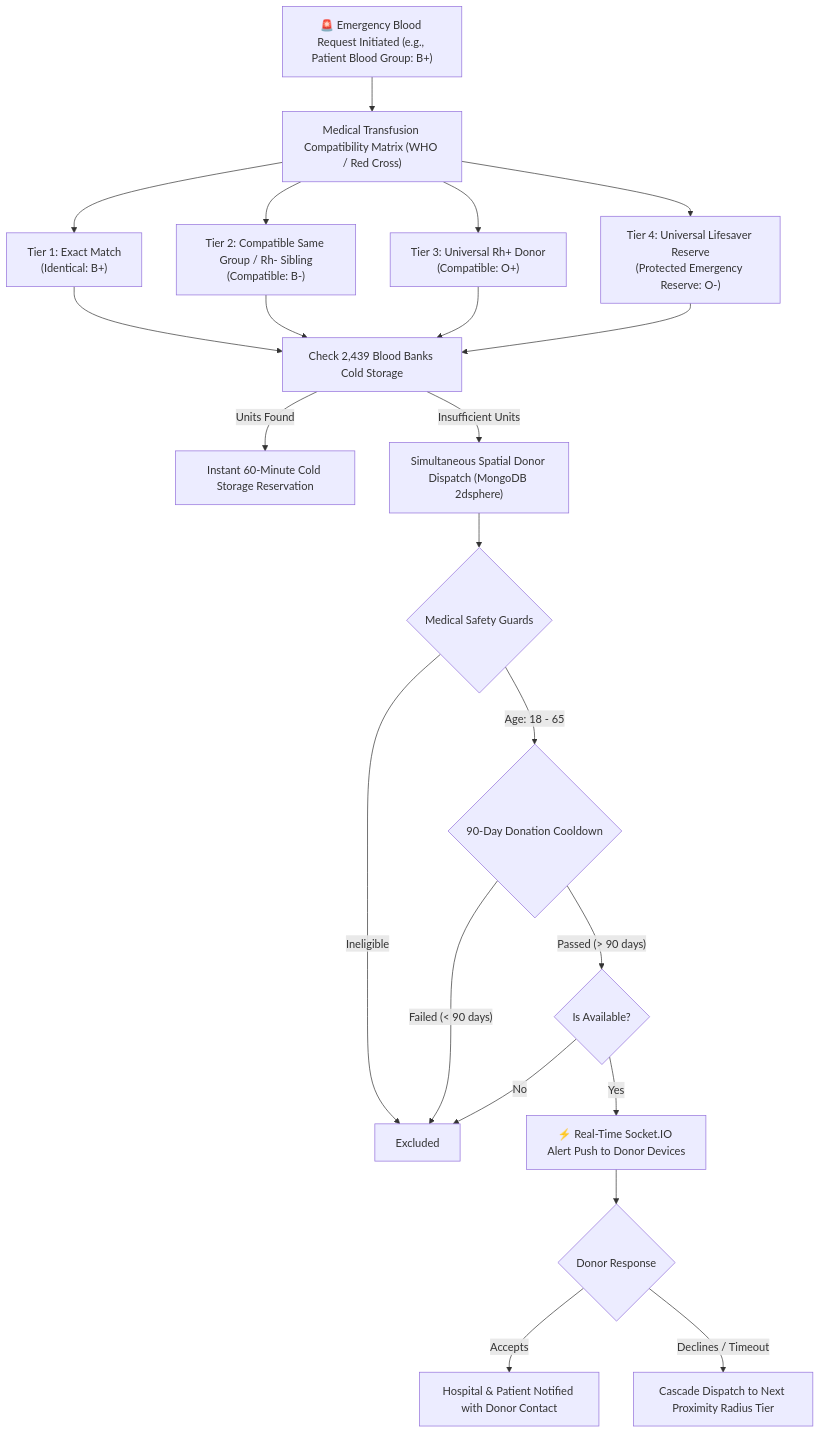
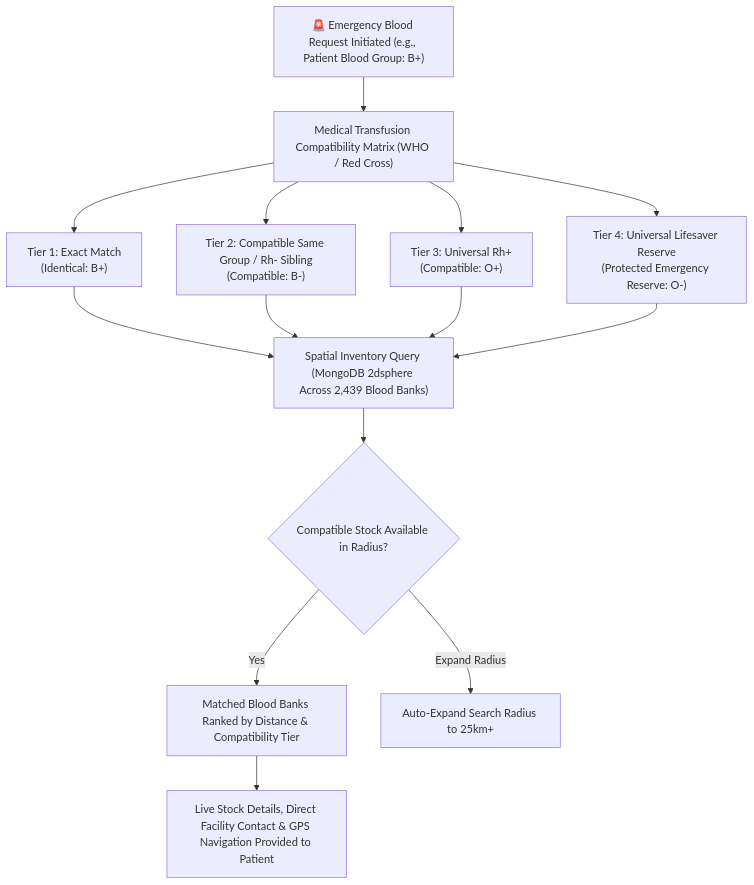
The third of 3 diagrams in README.md (CharudattaPatil-AC/Vital-Link), drawn with Mermaid before and after one commit. The commit also changed other lines of this file and 19 other files, not shown here.

Commit message:
refactor: remove voluntary donor role and map emergency blood requests directly to verified blood banks

````diff
--- a/README.md
+++ b/README.md
@@ -123,29 +123,20 @@
 ```mermaid
 flowchart TD
     Start["🚨 Emergency Blood Request Initiated (e.g., Patient Blood Group: B+)"] --> Matrix["Medical Transfusion Compatibility Matrix (WHO / Red Cross)"]
 
     Matrix --> Tier1["Tier 1: Exact Match\n(Identical: B+)"]
     Matrix --> Tier2["Tier 2: Compatible Same Group / Rh- Sibling\n(Compatible: B-)"]
-    Matrix --> Tier3["Tier 3: Universal Rh+ Donor\n(Compatible: O+)"]
+    Matrix --> Tier3["Tier 3: Universal Rh+\n(Compatible: O+)"]
     Matrix --> Tier4["Tier 4: Universal Lifesaver Reserve\n(Protected Emergency Reserve: O-)"]
 
-    Tier1 --> ColdStorageCheck["Check 2,439 Blood Banks Cold Storage"]
-    Tier2 --> ColdStorageCheck
-    Tier3 --> ColdStorageCheck
-    Tier4 --> ColdStorageCheck
+    Tier1 --> BankQuery["Spatial Inventory Query (MongoDB 2dsphere Across 2,439 Blood Banks)"]
+    Tier2 --> BankQuery
+    Tier3 --> BankQuery
+    Tier4 --> BankQuery
 
-    ColdStorageCheck -->|"Units Found"| ReserveUnits["Instant 60-Minute Cold Storage Reservation"]
-    ColdStorageCheck -->|"Insufficient Units"| DonorQuery["Simultaneous Spatial Donor Dispatch (MongoDB 2dsphere)"]
+    BankQuery --> MatchCheck{"Compatible Stock Available in Radius?"}
+    MatchCheck -->|"Yes"| MatchedList["Matched Blood Banks Ranked by Distance & Compatibility Tier"]
+    MatchCheck -->|"Expand Radius"| ExpandSearch["Auto-Expand Search Radius to 25km+"]
 
-    DonorQuery --> FilterGuards{"Medical Safety Guards"}
-    FilterGuards -->|"Age: 18 - 65"| CheckCooldown{"90-Day Donation Cooldown"}
-    FilterGuards -->|"Ineligible"| ExcludeDonor["Excluded"]
-    CheckCooldown -->|"Passed (> 90 days)"| ActiveStatus{"Is Available?"}
-    CheckCooldown -->|"Failed (< 90 days)"| ExcludeDonor
-    ActiveStatus -->|"Yes"| SocketPush["⚡ Real-Time Socket.IO Alert Push to Donor Devices"]
-    ActiveStatus -->|"No"| ExcludeDonor
-
-    SocketPush --> DonorDecision{"Donor Response"}
-    DonorDecision -->|"Accepts"| NotifyHosp["Hospital & Patient Notified with Donor Contact"]
-    DonorDecision -->|"Declines / Timeout"| CascadeNext["Cascade Dispatch to Next Proximity Radius Tier"]
+    MatchedList --> PatientView["Live Stock Details, Direct Facility Contact & GPS Navigation Provided to Patient"]
 ```
````
